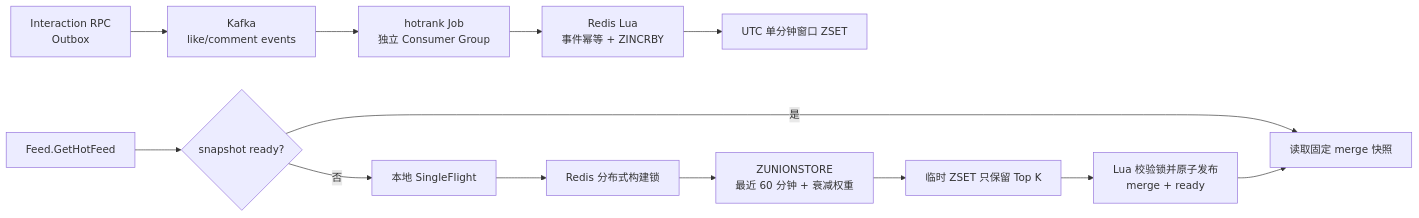
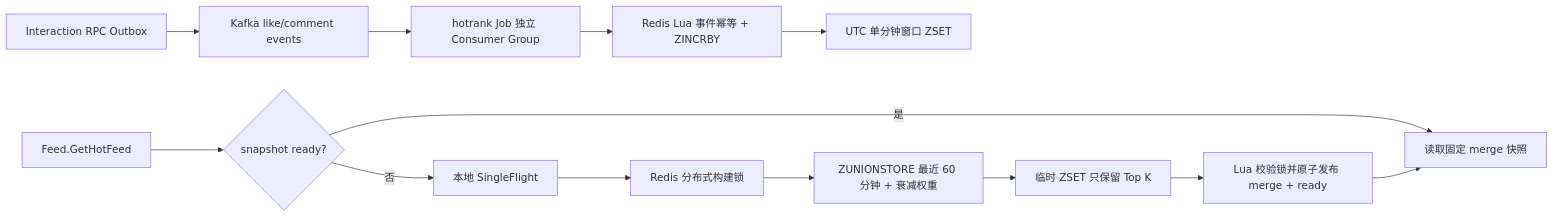
Diagram 21 of 28 in docs/PROJECT_OVERVIEW.md (Redeemz473/feedsystem-zero), drawn with Mermaid before and after one commit. The commit also changed other lines of this file, not shown here.

Commit message:
docs(overview): normalize all 28 mermaid diagrams for github renderer (remove 124 br tags and 3 dashed-with-label edges)

````diff
--- a/docs/PROJECT_OVERVIEW.md
+++ b/docs/PROJECT_OVERVIEW.md
@@ -3322,16 +3322,16 @@
 ```mermaid
 flowchart LR
-    I[Interaction RPC<br/>Outbox] --> K[Kafka<br/>like/comment events]
-    K --> H[hotrank Job<br/>独立 Consumer Group]
-    H --> L[Redis Lua<br/>事件幂等 + ZINCRBY]
+    I[Interaction RPC Outbox] --> K[Kafka like/comment events]
+    K --> H[hotrank Job 独立 Consumer Group]
+    H --> L[Redis Lua 事件幂等 + ZINCRBY]
     L --> W[UTC 单分钟窗口 ZSET]
 
     F[Feed.GetHotFeed] --> C{snapshot ready?}
     C -->|是| S[读取固定 merge 快照]
     C -->|否| SF[本地 SingleFlight]
     SF --> DL[Redis 分布式构建锁]
-    DL --> ZU[ZUNIONSTORE<br/>最近 60 分钟 + 衰减权重]
+    DL --> ZU[ZUNIONSTORE 最近 60 分钟 + 衰减权重]
     ZU --> TMP[临时 ZSET 只保留 Top K]
-    TMP --> P[Lua 校验锁并原子发布<br/>merge + ready]
+    TMP --> P[Lua 校验锁并原子发布 merge + ready]
     P --> S
 ```
````
